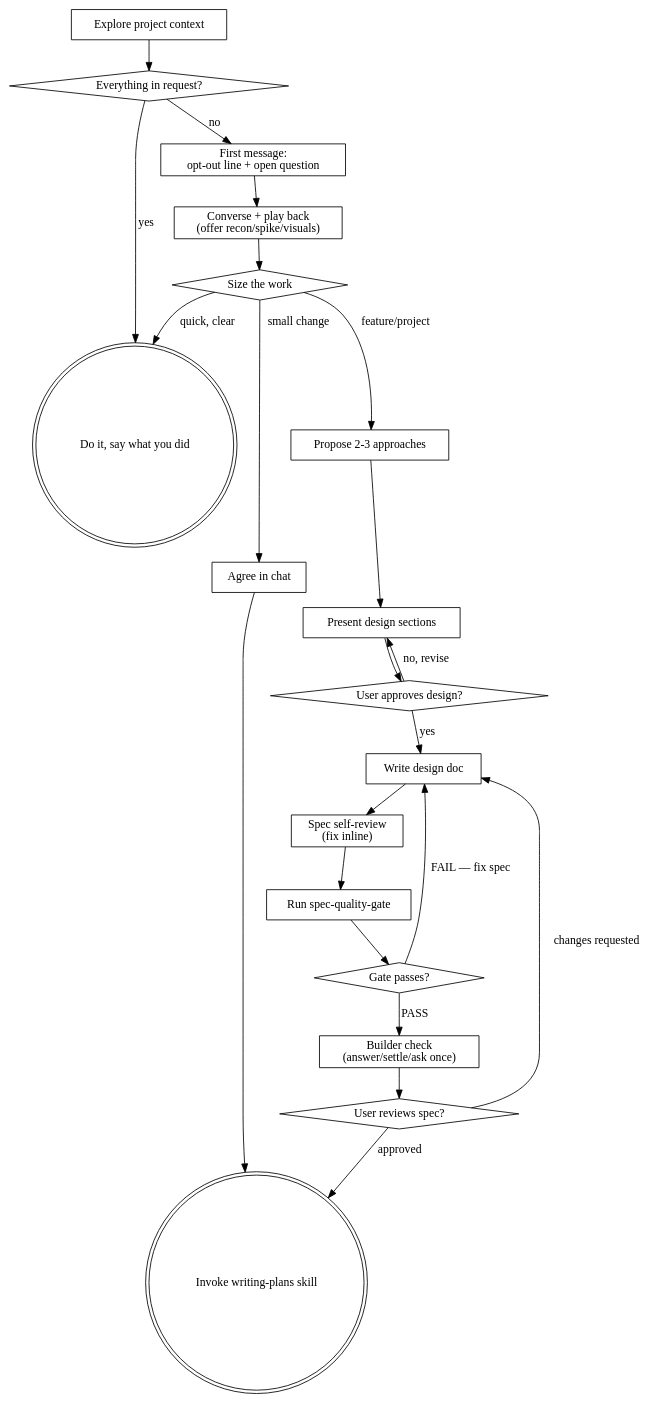
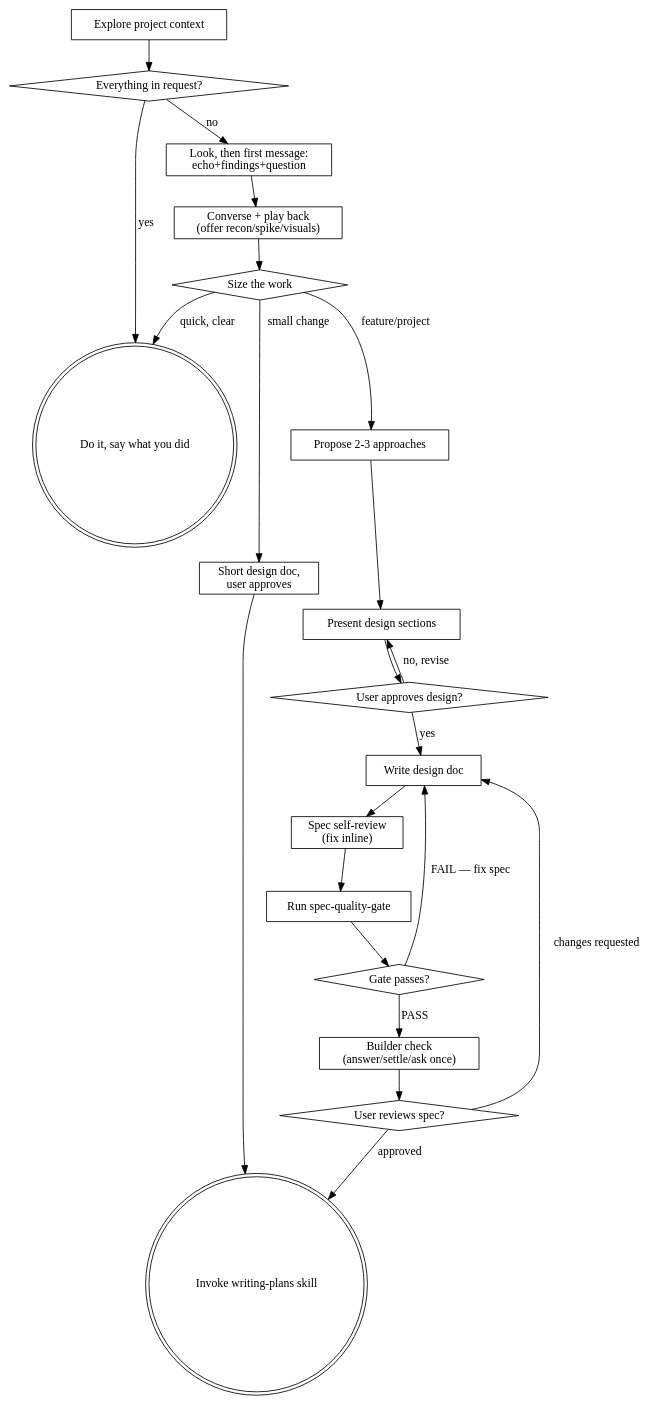
Before and after one commit to CagesThrottleUs/private-ai-harness: the diagram in skills/brainstorming/SKILL.md, drawn with Graphviz. The commit also changed other lines of this file and 26 other files, not shown here.

````diff
--- a/skills/brainstorming/SKILL.md
+++ b/skills/brainstorming/SKILL.md
@@ -126,43 +121,43 @@
 ```dot
 digraph brainstorming {
     "Explore project context" [shape=box];
     "Everything in request?" [shape=diamond];
     "Do it, say what you did" [shape=doublecircle];
-    "First message:\nopt-out line + open question" [shape=box];
+    "Look, then first message:\necho+findings+question" [shape=box];
     "Converse + play back\n(offer recon/spike/visuals)" [shape=box];
     "Size the work" [shape=diamond];
-    "Agree in chat" [shape=box];
+    "Short design doc,\nuser approves" [shape=box];
     "Propose 2-3 approaches" [shape=box];
     "Present design sections" [shape=box];
     "User approves design?" [shape=diamond];
     "Write design doc" [shape=box];
     "Spec self-review\n(fix inline)" [shape=box];
     "Run spec-quality-gate" [shape=box];
     "Gate passes?" [shape=diamond];
     "Builder check\n(answer/settle/ask once)" [shape=box];
     "User reviews spec?" [shape=diamond];
     "Invoke writing-plans skill" [shape=doublecircle];
 
     "Explore project context" -> "Everything in request?";
     "Everything in request?" -> "Do it, say what you did" [label="yes"];
-    "Everything in request?" -> "First message:\nopt-out line + open question" [label="no"];
-    "First message:\nopt-out line + open question" -> "Converse + play back\n(offer recon/spike/visuals)";
+    "Everything in request?" -> "Look, then first message:\necho+findings+question" [label="no"];
+    "Look, then first message:\necho+findings+question" -> "Converse + play back\n(offer recon/spike/visuals)";
     "Converse + play back\n(offer recon/spike/visuals)" -> "Size the work";
     "Size the work" -> "Do it, say what you did" [label="quick, clear"];
-    "Size the work" -> "Agree in chat" [label="small change"];
-    "Agree in chat" -> "Invoke writing-plans skill";
+    "Size the work" -> "Short design doc,\nuser approves" [label="small change"];
+    "Short design doc,\nuser approves" -> "Invoke writing-plans skill";
     "Size the work" -> "Propose 2-3 approaches" [label="feature/project"];
     "Propose 2-3 approaches" -> "Present design sections";
     "Present design sections" -> "User approves design?";
     "User approves design?" -> "Present design sections" [label="no, revise"];
     "User approves design?" -> "Write design doc" [label="yes"];
     "Write design doc" -> "Spec self-review\n(fix inline)";
     "Spec self-review\n(fix inline)" -> "Run spec-quality-gate";
     "Run spec-quality-gate" -> "Gate passes?";
     "Gate passes?" -> "Write design doc" [label="FAIL — fix spec"];
     "Gate passes?" -> "Builder check\n(answer/settle/ask once)" [label="PASS"];
     "Builder check\n(answer/settle/ask once)" -> "User reviews spec?";
     "User reviews spec?" -> "Write design doc" [label="changes requested"];
     "User reviews spec?" -> "Invoke writing-plans skill" [label="approved"];
 }
 ```
````
